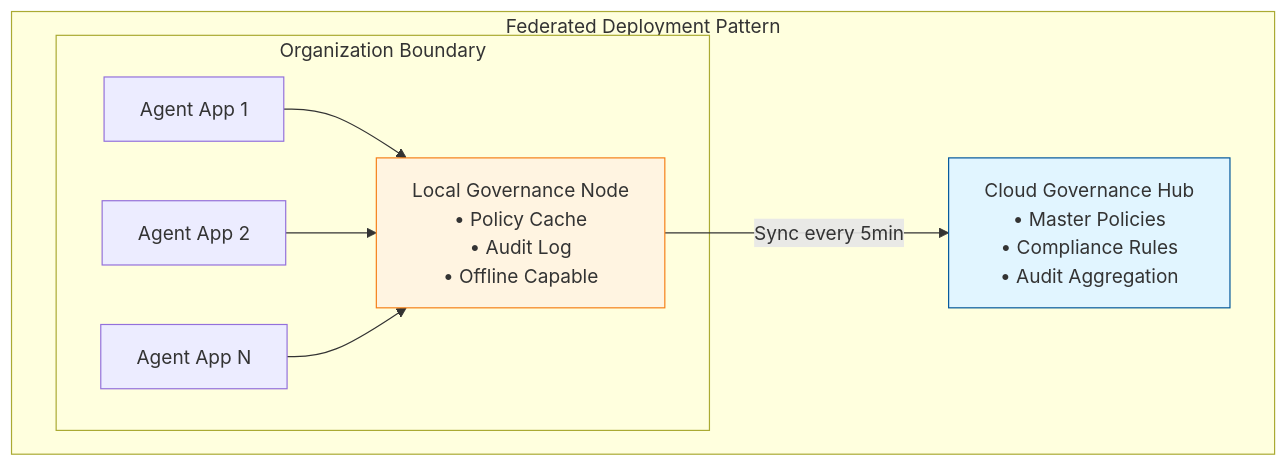
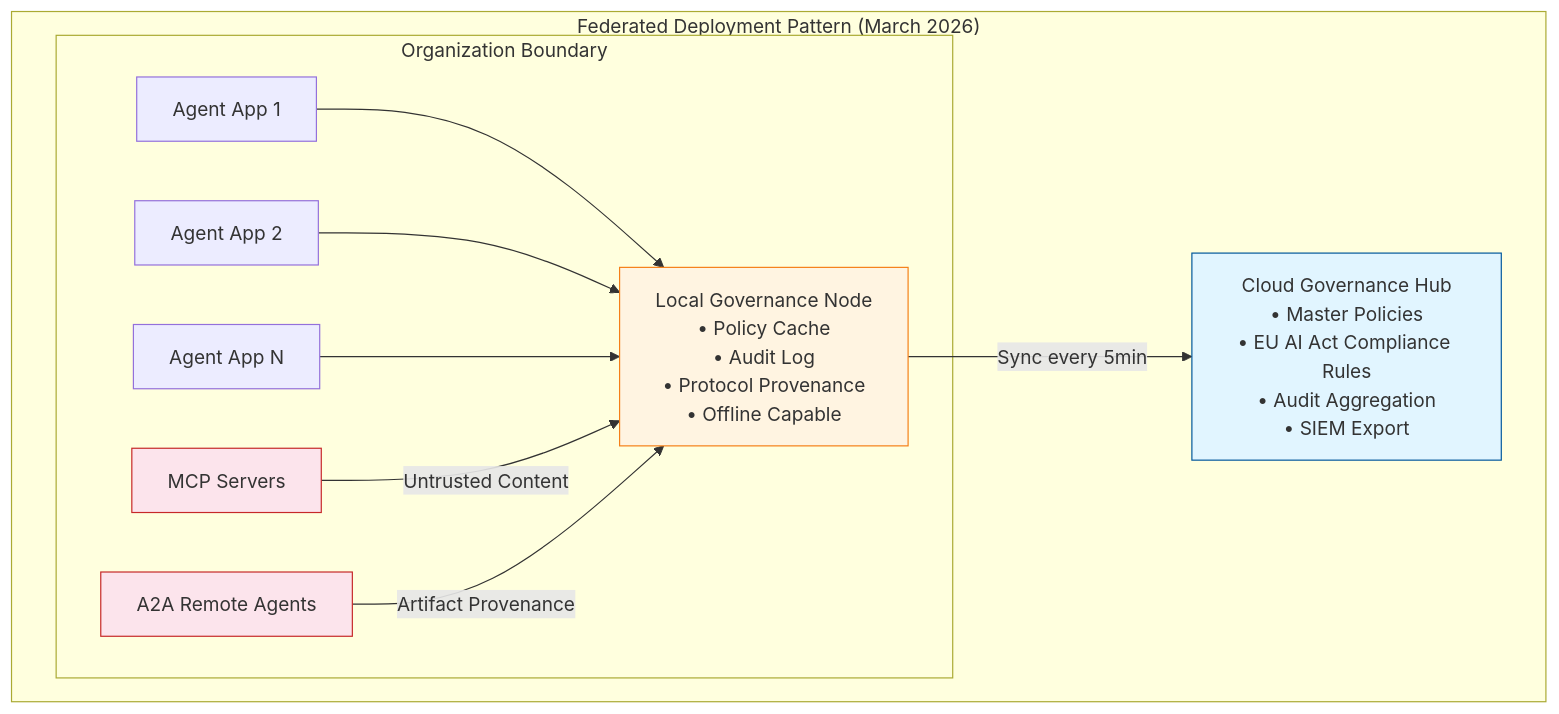
Before and after one commit to MihaiCiprianChezan/Constitutional-memory-for-AI-agents: the first of 4 diagrams in README.md, drawn with Mermaid. The commit also changed other lines of this file, not shown here.

````diff
--- a/README.md
+++ b/README.md
@@ -233,21 +299,27 @@
 ```mermaid
 graph TB
-    subgraph "Federated Deployment Pattern"
+    subgraph "Federated Deployment Pattern (March 2026)"
         subgraph Org["Organization Boundary"]
             App1[Agent App 1]
             App2[Agent App 2]
             App3[Agent App N]
-            LocalGov["Local Governance Node<br/>• Policy Cache<br/>• Audit Log<br/>• Offline Capable"]
+            MCP1[MCP Servers]
+            A2A1[A2A Remote Agents]
+            LocalGov["Local Governance Node<br/>• Policy Cache<br/>• Audit Log<br/>• Protocol Provenance<br/>• Offline Capable"]
         end
         
-        Cloud["Cloud Governance Hub<br/>• Master Policies<br/>• Compliance Rules<br/>• Audit Aggregation"]
+        Cloud["Cloud Governance Hub<br/>• Master Policies<br/>• EU AI Act Compliance Rules<br/>• Audit Aggregation<br/>• SIEM Export"]
         
         App1 --> LocalGov
         App2 --> LocalGov
         App3 --> LocalGov
+        MCP1 -->|Untrusted Content| LocalGov
+        A2A1 -->|Artifact Provenance| LocalGov
         LocalGov -->|Sync every 5min| Cloud
     end
     
     style LocalGov fill:#fff4e1,stroke:#f57f17
     style Cloud fill:#e1f5ff,stroke:#01579b
+    style MCP1 fill:#fce4ec,stroke:#c62828
+    style A2A1 fill:#fce4ec,stroke:#c62828
 ```
````
